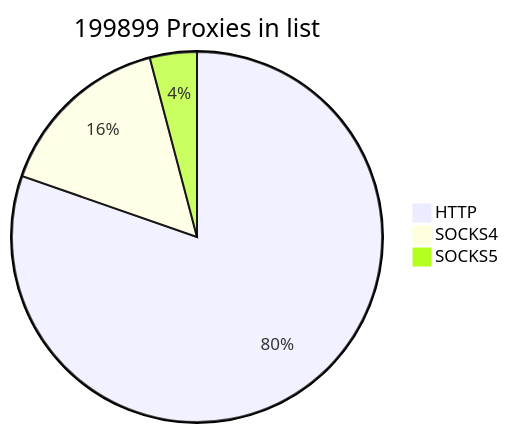
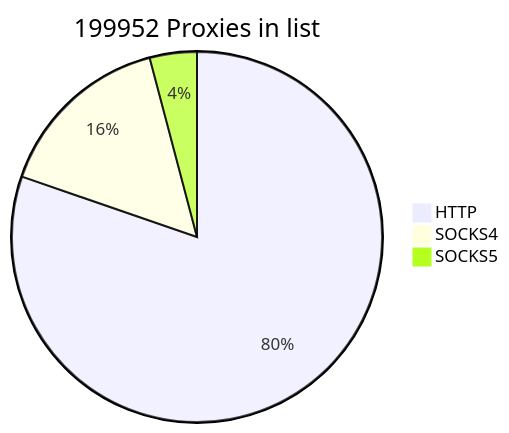
One commit to cutipu/proxylist changed the first of 2 diagrams in README.md. Above: the diagram before and after it, drawn with Mermaid. The commit also changed other lines of this file, not shown here.

````diff
--- a/README.md
+++ b/README.md
@@ -2,7 +2,7 @@
 ```mermaid
-pie title 199899 Proxies in list
-    "HTTP" : 160592
-    "SOCKS4" : 31109
-    "SOCKS5" : 8198
+pie title 199952 Proxies in list
+    "HTTP" : 160538
+    "SOCKS4" : 31198
+    "SOCKS5" : 8216
             
 ```
````
